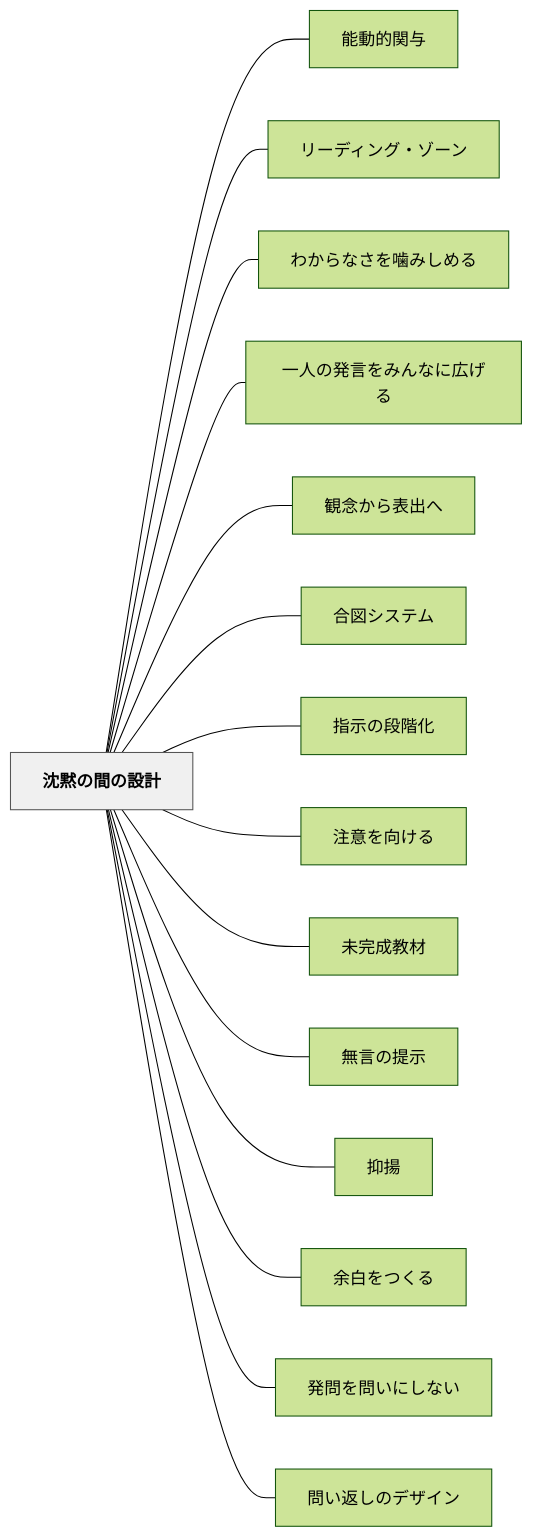
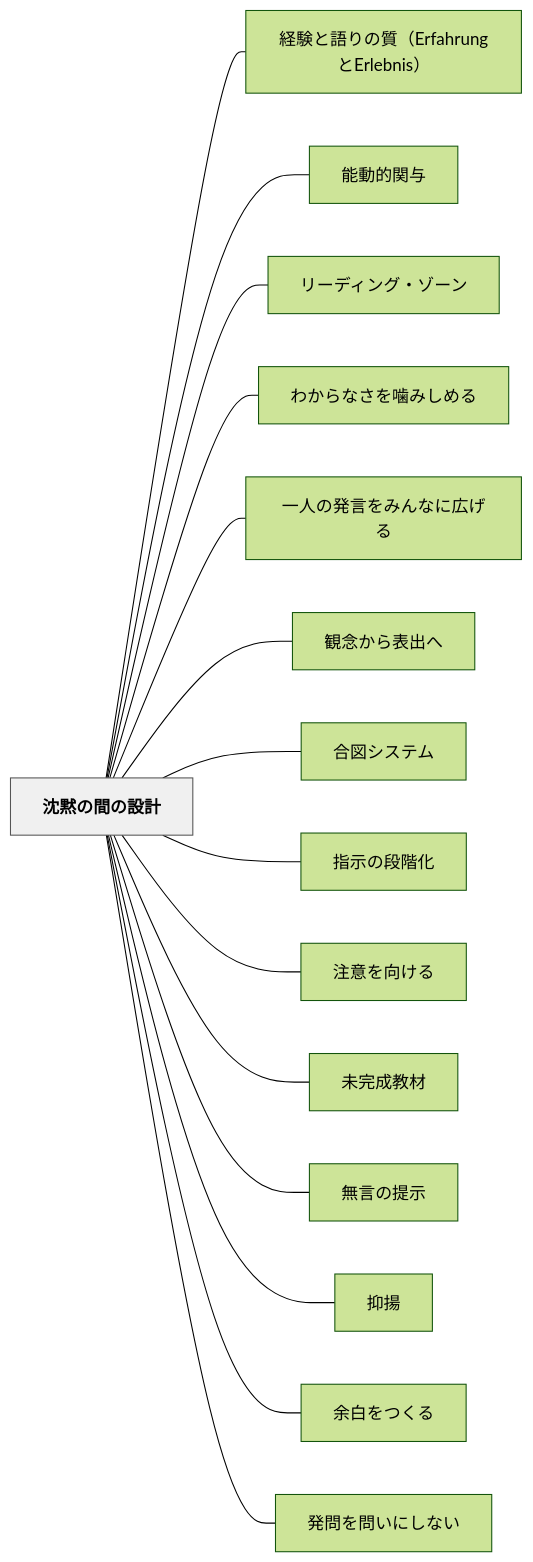
The diagram in content/パタン/沈黙の間の設計.md (unknownthings-ed-patterns/unknownthings-ed-patterns), drawn with Mermaid (forest theme) before and after one commit. The commit also changed other lines of this file and 158 other files, not shown here.

````diff
--- a/content/パタン/沈黙の間の設計.md
+++ b/content/パタン/沈黙の間の設計.md
@@ -57,36 +93,36 @@
 ```mermaid
 flowchart LR
     ne6b288e9bb99e381aee99693e381aee8a8ade8a888["沈黙の間の設計"]
+    ne7b58ce9a893e381a8e8aa9ee3828ae381aee8b3aaefbc88457266616872756e67e381a845726c65626e6973efbc89["経験と語りの質（ErfahrungとErlebnis）"]
     ne883bde58b95e79a84e996a2e4b88e["能動的関与"]
     ne383aae383bce38387e382a3e383b3e382b0e383bbe382bee383bce383b3["リーディング・ゾーン"]
     ne3828fe3818be38289e381aae38195e38292e5999be381bfe38197e38281e3828b["わからなさを噛みしめる"]
     ne4b880e4babae381aee799bae8a880e38292e381bfe38293e381aae381abe5ba83e38192e3828b["一人の発言をみんなに広げる"]
     ne8a6b3e5bfb5e3818be38289e8a1a8e587bae381b8["観念から表出へ"]
     ne59088e59bb3e382b7e382b9e38386e383a0["合図システム"]
     ne68c87e7a4bae381aee6aeb5e99a8ee58c96["指示の段階化"]
     ne6b3a8e6848fe38292e59091e38191e3828b["注意を向ける"]
     ne69caae5ae8ce68890e69599e69d90["未完成教材"]
     ne784a1e8a880e381aee68f90e7a4ba["無言の提示"]
     ne68a91e68f9a["抑揚"]
     ne4bd99e799bde38292e381a4e3818fe3828b["余白をつくる"]
     ne799bae5958fe38292e5958fe38184e381abe38197e381aae38184["発問を問いにしない"]
-    ne5958fe38184e8bf94e38197e381aee38387e382b6e382a4e383b3["問い返しのデザイン"]
 
+    ne6b288e9bb99e381aee99693e381aee8a8ade8a888 --- ne7b58ce9a893e381a8e8aa9ee3828ae381aee8b3aaefbc88457266616872756e67e381a845726c65626e6973efbc89
     ne6b288e9bb99e381aee99693e381aee8a8ade8a888 --- ne883bde58b95e79a84e996a2e4b88e
     ne6b288e9bb99e381aee99693e381aee8a8ade8a888 --- ne383aae383bce38387e382a3e383b3e382b0e383bbe382bee383bce383b3
     ne6b288e9bb99e381aee99693e381aee8a8ade8a888 --- ne3828fe3818be38289e381aae38195e38292e5999be381bfe38197e38281e3828b
     ne6b288e9bb99e381aee99693e381aee8a8ade8a888 --- ne4b880e4babae381aee799bae8a880e38292e381bfe38293e381aae381abe5ba83e38192e3828b
     ne6b288e9bb99e381aee99693e381aee8a8ade8a888 --- ne8a6b3e5bfb5e3818be38289e8a1a8e587bae381b8
     ne6b288e9bb99e381aee99693e381aee8a8ade8a888 --- ne59088e59bb3e382b7e382b9e38386e383a0
     ne6b288e9bb99e381aee99693e381aee8a8ade8a888 --- ne68c87e7a4bae381aee6aeb5e99a8ee58c96
     ne6b288e9bb99e381aee99693e381aee8a8ade8a888 --- ne6b3a8e6848fe38292e59091e38191e3828b
     ne6b288e9bb99e381aee99693e381aee8a8ade8a888 --- ne69caae5ae8ce68890e69599e69d90
     ne6b288e9bb99e381aee99693e381aee8a8ade8a888 --- ne784a1e8a880e381aee68f90e7a4ba
     ne6b288e9bb99e381aee99693e381aee8a8ade8a888 --- ne68a91e68f9a
     ne6b288e9bb99e381aee99693e381aee8a8ade8a888 --- ne4bd99e799bde38292e381a4e3818fe3828b
     ne6b288e9bb99e381aee99693e381aee8a8ade8a888 --- ne799bae5958fe38292e5958fe38184e381abe38197e381aae38184
-    ne6b288e9bb99e381aee99693e381aee8a8ade8a888 --- ne5958fe38184e8bf94e38197e381aee38387e382b6e382a4e383b3
 
     classDef hub fill:#f0f0f0,stroke:#555,color:#000,font-weight:bold
     class ne6b288e9bb99e381aee99693e381aee8a8ade8a888 hub
 ```
````
